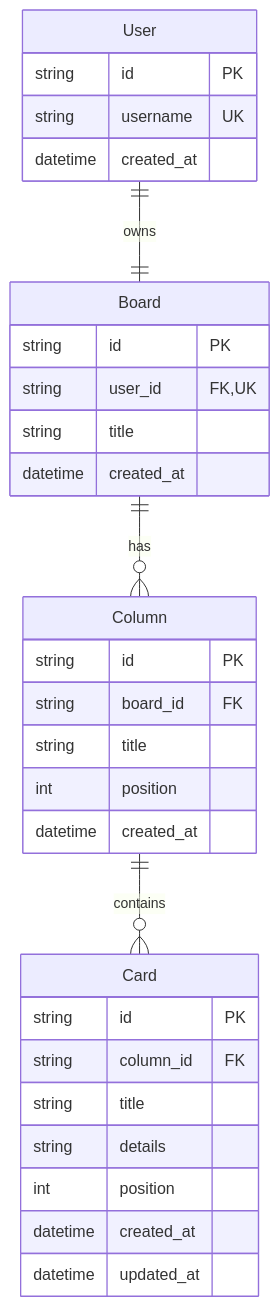
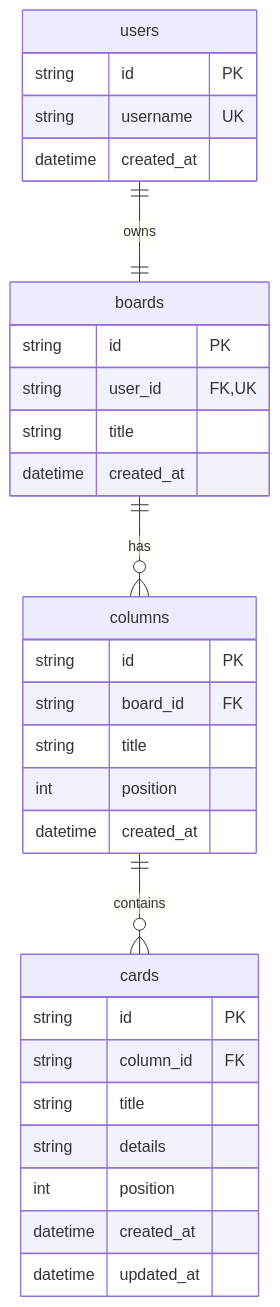
The diagram in docs/DATABASE.md (Dez-Moon/vibecoding_week_1), drawn with Mermaid before and after one commit. The commit also changed other lines of this file and 1 other file, not shown here.

Commit message:
docs: use plural table names in schema

````diff
--- a/docs/DATABASE.md
+++ b/docs/DATABASE.md
@@ -18,34 +24,34 @@
 ```mermaid
 erDiagram
-    User ||--|| Board : owns
-    Board ||--o{ Column : has
-    Column ||--o{ Card : contains
+    users ||--|| boards : owns
+    boards ||--o{ columns : has
+    columns ||--o{ cards : contains
 
-    User {
+    users {
         string id PK
         string username UK
         datetime created_at
     }
-    Board {
+    boards {
         string id PK
         string user_id FK,UK
         string title
         datetime created_at
     }
-    Column {
+    columns {
         string id PK
         string board_id FK
         string title
         int position
         datetime created_at
     }
-    Card {
+    cards {
         string id PK
         string column_id FK
         string title
         string details
         int position
         datetime created_at
         datetime updated_at
     }
 ```
````
